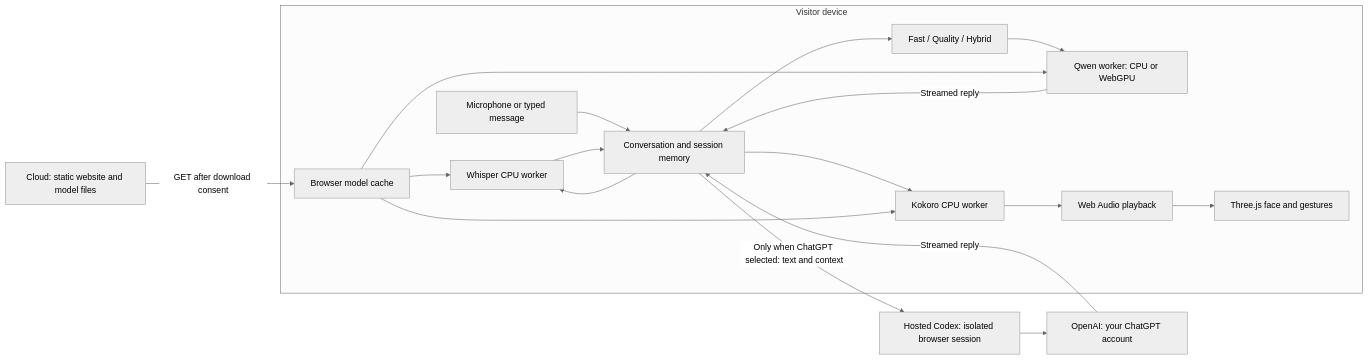
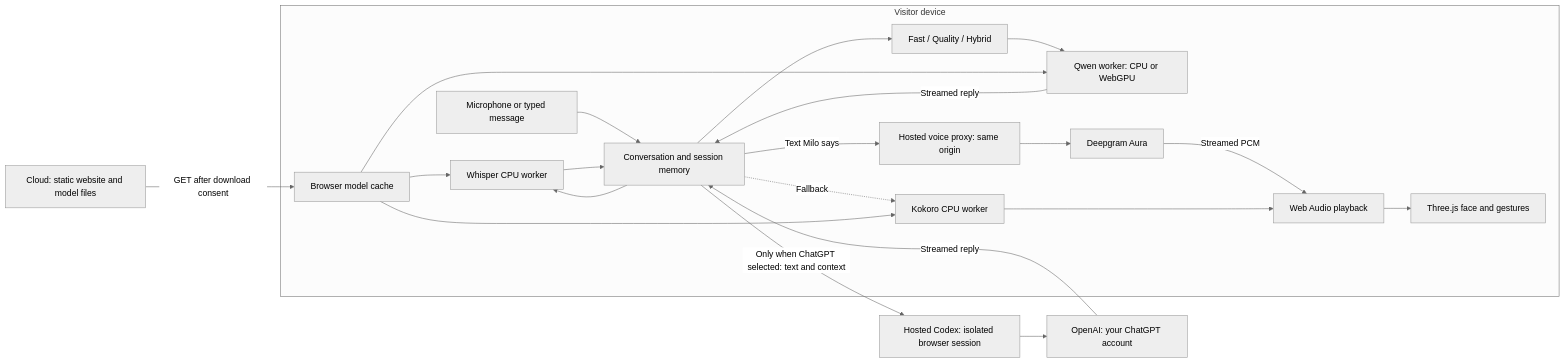
The diagram in README.md (michaelegbo/milo), drawn with Mermaid (neutral theme) before and after one commit. The commit also changed other lines of this file and 28 other files, not shown here.

````diff
--- a/README.md
+++ b/README.md
@@ -113,21 +114,24 @@
 ```mermaid
 flowchart LR
   Host[Cloud: static website and model files] -->|GET after download consent| Cache[Browser model cache]
   subgraph Device[Visitor device]
     Input[Microphone or typed message] --> UI[Conversation and session memory]
     UI --> Whisper[Whisper CPU worker]
     Whisper --> UI
     UI --> Router[Fast / Quality / Hybrid]
     Router --> Qwen[Qwen worker: CPU or WebGPU]
     Qwen -->|Streamed reply| UI
-    UI --> Kokoro[Kokoro CPU worker]
-    Kokoro --> Audio[Web Audio playback]
+    UI -->|Text Milo says| Voice[Hosted voice proxy: same origin]
+    Voice --> Deepgram[Deepgram Aura]
+    Deepgram -->|Streamed PCM| Audio[Web Audio playback]
+    UI -.->|Fallback| Kokoro[Kokoro CPU worker]
+    Kokoro --> Audio
     Audio --> Avatar[Three.js face and gestures]
     Cache --> Whisper
     Cache --> Qwen
     Cache --> Kokoro
   end
   UI -->|Only when ChatGPT selected: text and context| Codex[Hosted Codex: isolated browser session]
   Codex --> OpenAI[OpenAI: your ChatGPT account]
   OpenAI -->|Streamed reply| UI
 ```
````
